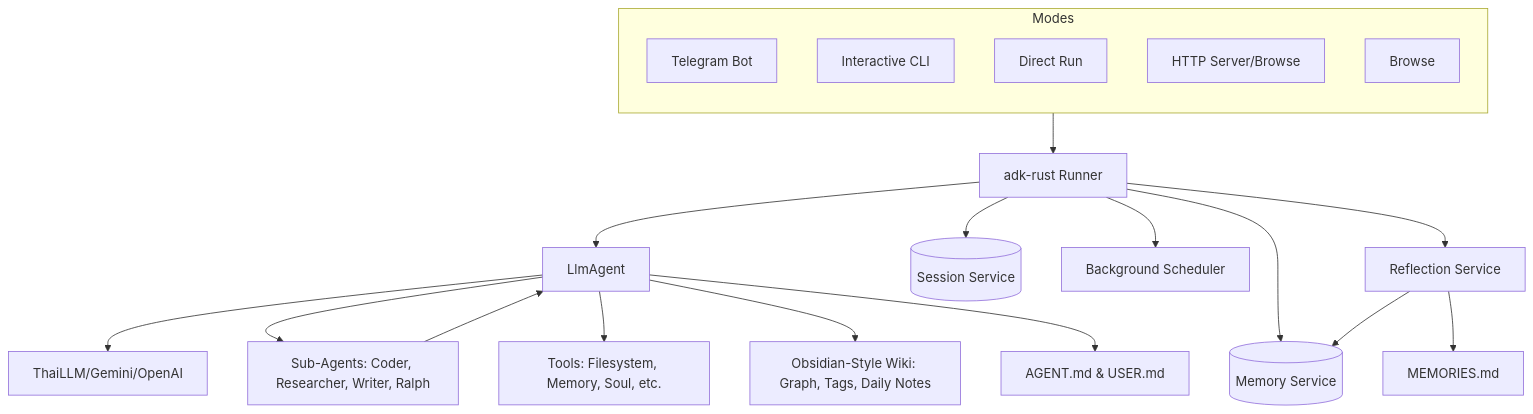
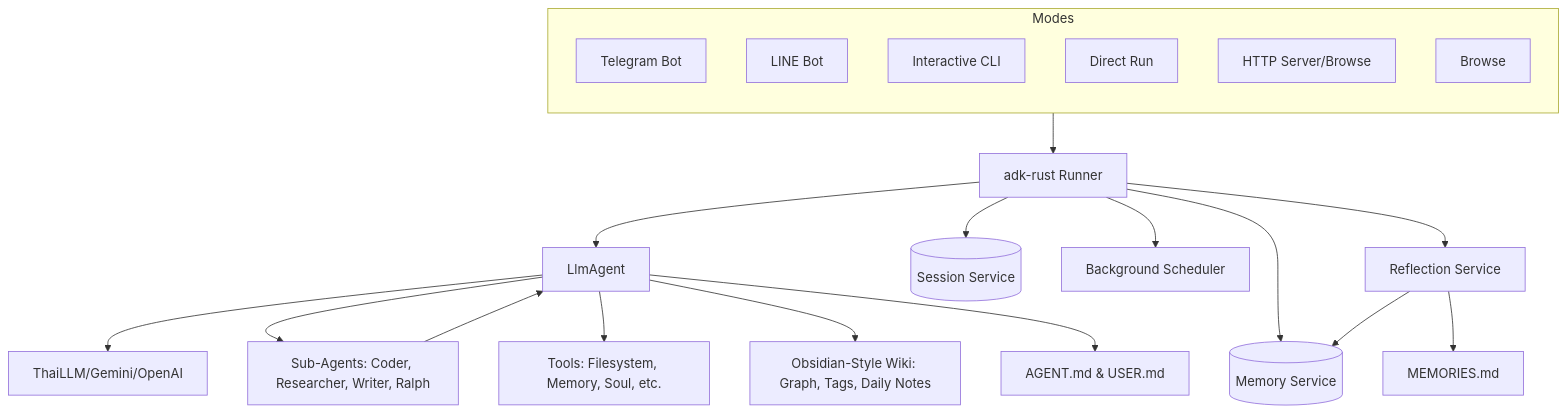
The diagram in README.md (anoochit/nami-core), drawn with Mermaid before and after one commit. The commit also changed other lines of this file and 1 other file, not shown here.

````diff
--- a/README.md
+++ b/README.md
@@ -164,30 +166,31 @@
 ```mermaid
 graph TD
     subgraph EntryPoints [Modes]
         direction TB
         Bot[Telegram Bot]
+        Line[LINE Bot]
         CLI[Interactive CLI]
         Run[Direct Run]
         Server[HTTP Server/Browse]
         Browse[Browse]
     end
 
     EntryPoints --> Runner[adk-rust Runner]
     
     Runner --> Agent[LlmAgent]
     Runner --> DB[(Session Service)]
     Runner --> Memory[(Memory Service)]
     Runner --> Scheduler[Background Scheduler]
     Runner --> Reflection[Reflection Service]
     
     Agent --> LLM[ThaiLLM/Gemini/OpenAI]
     Agent --> SubAgents[Sub-Agents: Coder, Researcher, Writer, Ralph]
     Agent --> Tools[Tools: Filesystem, Memory, Soul, etc.]
     Agent --> Wiki[Obsidian-Style Wiki: Graph, Tags, Daily Notes]
     Agent --> Persona[AGENT.md & USER.md]
 
     Reflection --> Memory
     Reflection --> UserMemory["MEMORIES.md"]
     
     SubAgents --> Agent
 ```
````
